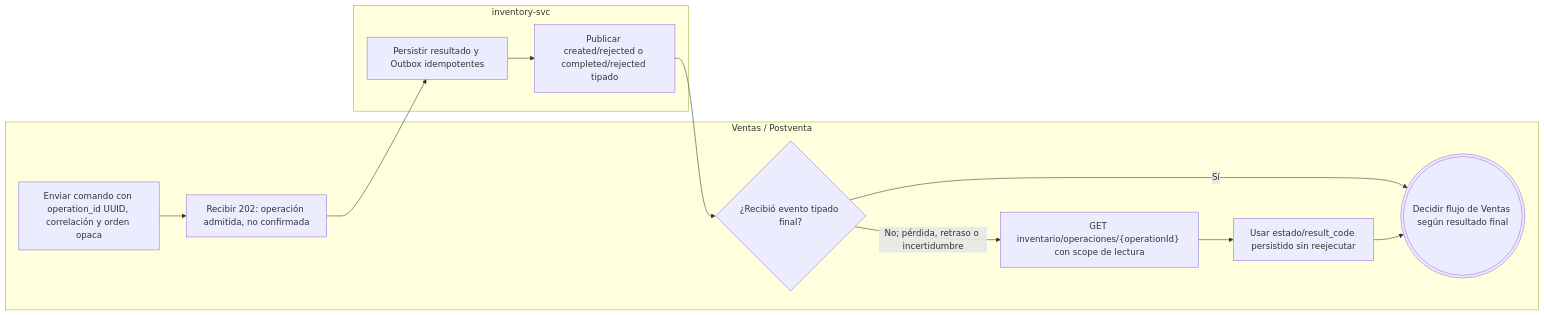
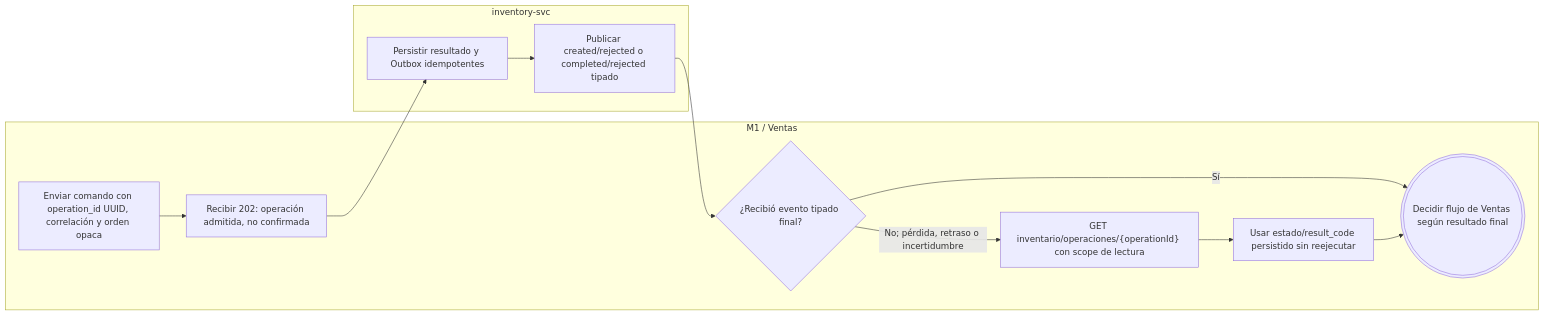
Diagram 13 of 13 in requisitos/flujos/FLOW-015-control-stock-disponibilidad.md (Taller-SW-Web/G6-Productos-Ofertas-docs), drawn with Mermaid before and after one commit. The commit also changed other lines of this file and 2 other files, not shown here.

Commit message:
docs(inventory): correct G5 actor ownership and F3 flow invariants

````diff
--- a/requisitos/flujos/FLOW-015-control-stock-disponibilidad.md
+++ b/requisitos/flujos/FLOW-015-control-stock-disponibilidad.md
@@ -671,18 +677,18 @@
 ```mermaid
 flowchart LR
-    subgraph VENT["Ventas / Postventa"]
+    subgraph VENT["M1 / Ventas"]
         A1["Enviar comando con operation_id UUID, correlación y orden opaca"]
         A2["Recibir 202: operación admitida, no confirmada"]
         D1{"¿Recibió evento tipado final?"}
         A3["GET inventario/operaciones/{operationId} con scope de lectura"]
         A4["Usar estado/result_code persistido sin reejecutar"]
         FIN(((Decidir flujo de Ventas según resultado final)))
     end
     subgraph INV["inventory-svc"]
         B1["Persistir resultado y Outbox idempotentes"]
         B2["Publicar created/rejected o completed/rejected tipado"]
     end
     A1 --> A2 --> B1 --> B2 --> D1
     D1 -->|"Sí"| FIN
     D1 -->|"No; pérdida, retraso o incertidumbre"| A3 --> A4 --> FIN
 ```
````
